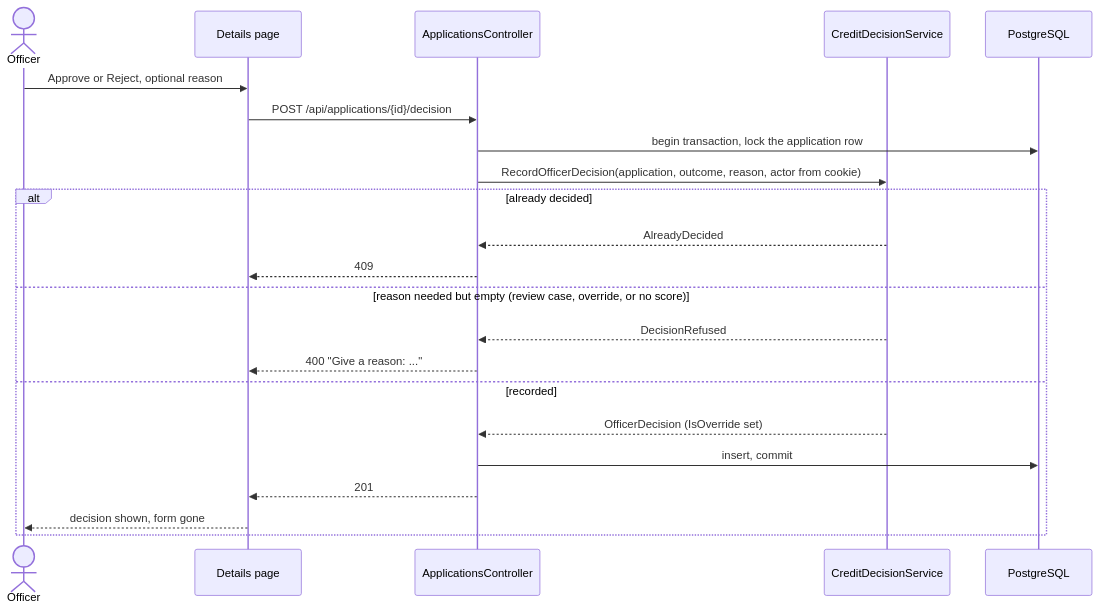
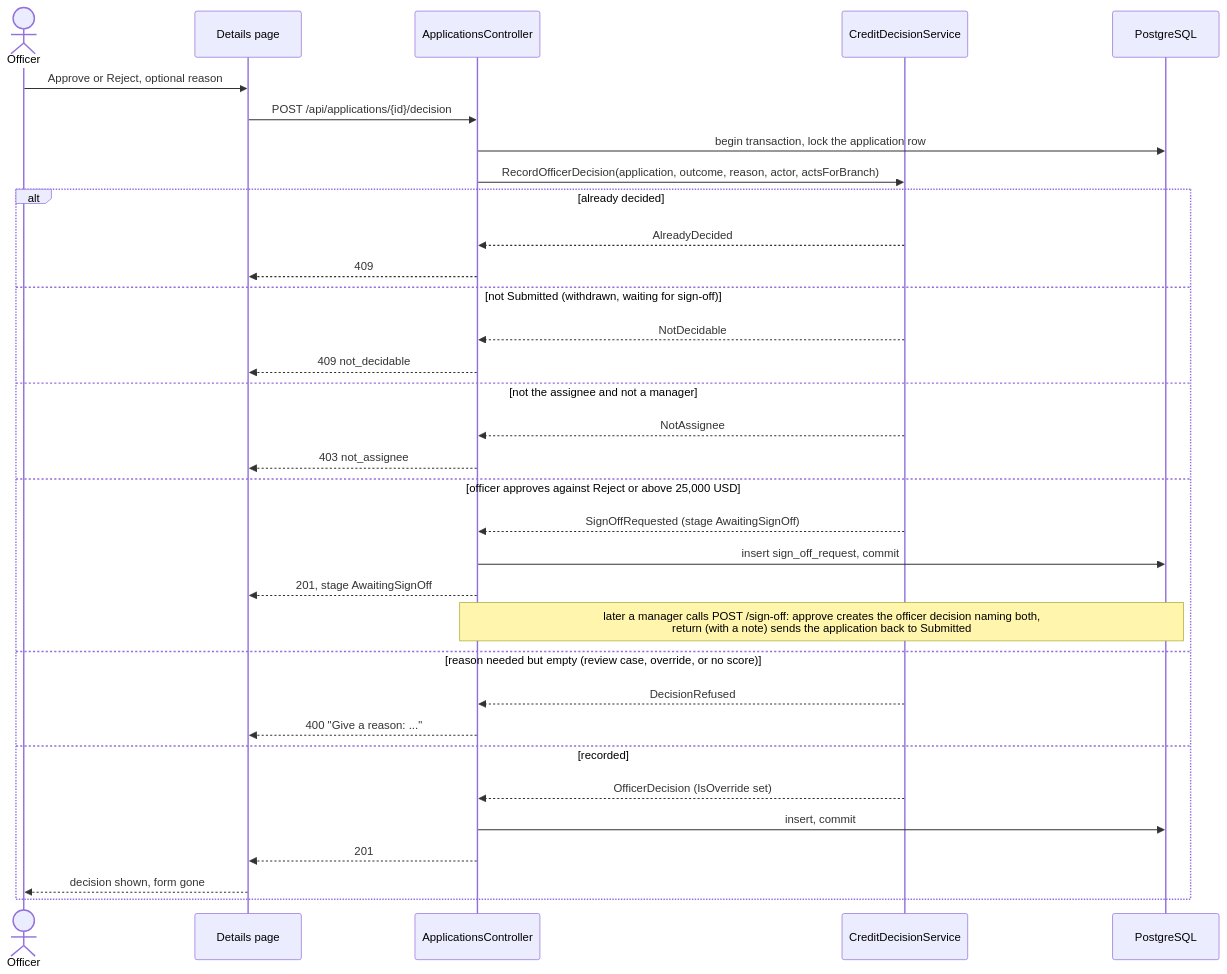
One commit to dejan3dejan/credit-scoring-dss changed the fourth of 8 diagrams in architecture/07-flows.md. Above: the diagram before and after it, drawn with Mermaid. The commit also changed other lines of this file and 25 other files, not shown here.

Commit message:
Update class, database, flow and access diagrams for roles, branches and the application life cycle

````diff
--- a/architecture/07-flows.md
+++ b/architecture/07-flows.md
@@ -67,25 +108,36 @@
 ```mermaid
 sequenceDiagram
     actor O as Officer
     participant P as Details page
     participant A as ApplicationsController
     participant S as CreditDecisionService
     participant DB as PostgreSQL
 
     O->>P: Approve or Reject, optional reason
     P->>A: POST /api/applications/{id}/decision
     A->>DB: begin transaction, lock the application row
-    A->>S: RecordOfficerDecision(application, outcome, reason, actor from cookie)
+    A->>S: RecordOfficerDecision(application, outcome, reason, actor, actsForBranch)
     alt already decided
         S-->>A: AlreadyDecided
         A-->>P: 409
+    else not Submitted (withdrawn, waiting for sign-off)
+        S-->>A: NotDecidable
+        A-->>P: 409 not_decidable
+    else not the assignee and not a manager
+        S-->>A: NotAssignee
+        A-->>P: 403 not_assignee
+    else officer approves against Reject or above 25,000 USD
+        S-->>A: SignOffRequested (stage AwaitingSignOff)
+        A->>DB: insert sign_off_request, commit
+        A-->>P: 201, stage AwaitingSignOff
+        Note over A,DB: later a manager calls POST /sign-off: approve creates the officer decision naming both,<br/>return (with a note) sends the application back to Submitted
     else reason needed but empty (review case, override, or no score)
         S-->>A: DecisionRefused
         A-->>P: 400 "Give a reason: ..."
     else recorded
         S-->>A: OfficerDecision (IsOverride set)
         A->>DB: insert, commit
         A-->>P: 201
         P-->>O: decision shown, form gone
     end
 ```
````
